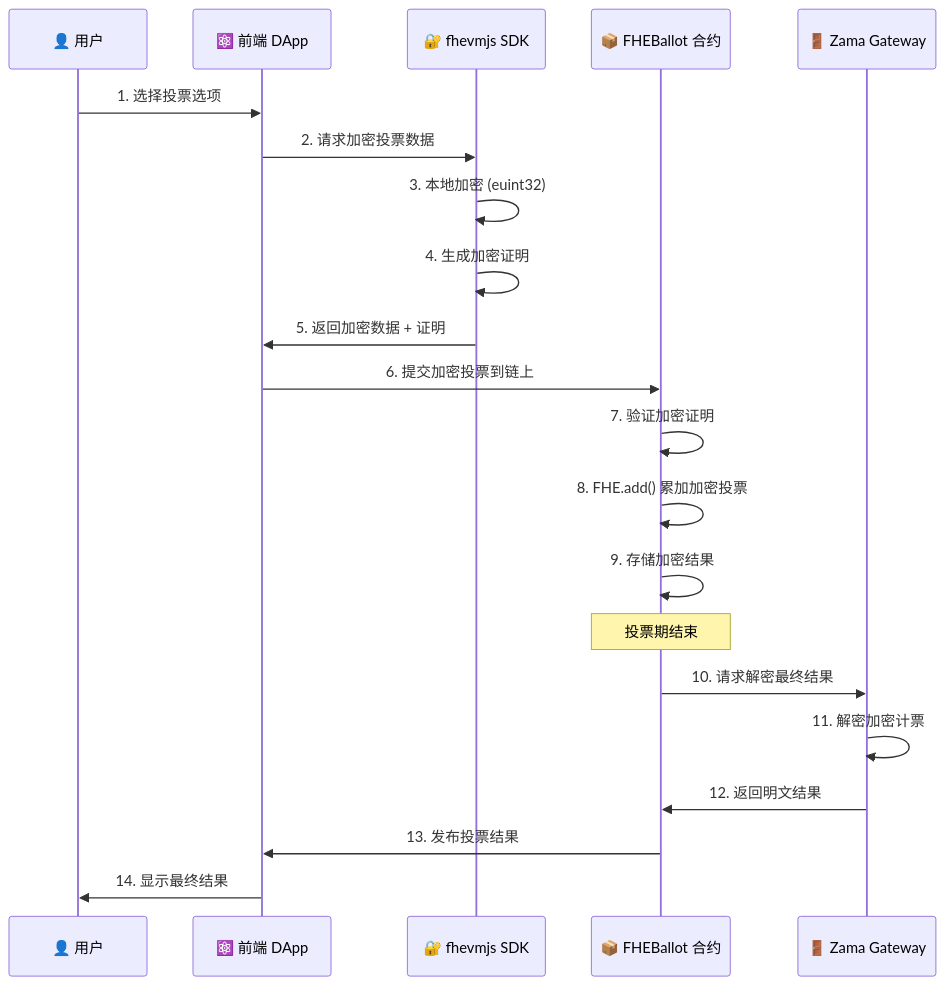
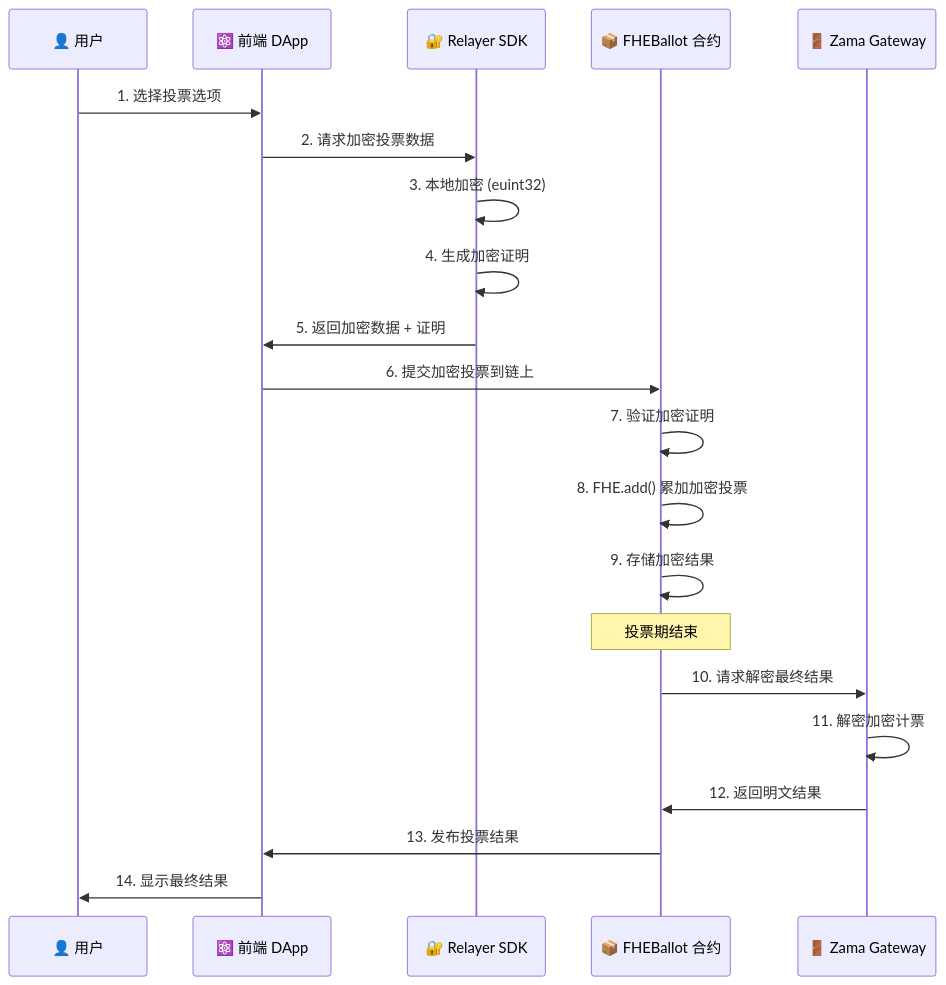
One commit to c3t2n95y5k/FHE-Identity-Vault changed the third of 3 diagrams in README.md. Above: the diagram before and after it, drawn with Mermaid. The commit also changed other lines of this file, not shown here.

````diff
--- a/README.md
+++ b/README.md
@@ -158,24 +159,24 @@
 ```mermaid
 sequenceDiagram
     participant U as 👤 用户
     participant F as ⚛️ 前端 DApp
-    participant SDK as 🔐 fhevmjs SDK
+    participant SDK as 🔐 Relayer SDK
     participant BC as 📦 FHEBallot 合约
     participant GW as 🚪 Zama Gateway
 
     U->>F: 1. 选择投票选项
     F->>SDK: 2. 请求加密投票数据
     SDK->>SDK: 3. 本地加密 (euint32)
     SDK->>SDK: 4. 生成加密证明
     SDK->>F: 5. 返回加密数据 + 证明
     F->>BC: 6. 提交加密投票到链上
     BC->>BC: 7. 验证加密证明
     BC->>BC: 8. FHE.add() 累加加密投票
     BC->>BC: 9. 存储加密结果
     Note over BC: 投票期结束
     BC->>GW: 10. 请求解密最终结果
     GW->>GW: 11. 解密加密计票
     GW->>BC: 12. 返回明文结果
     BC->>F: 13. 发布投票结果
     F->>U: 14. 显示最终结果
 ```
````
